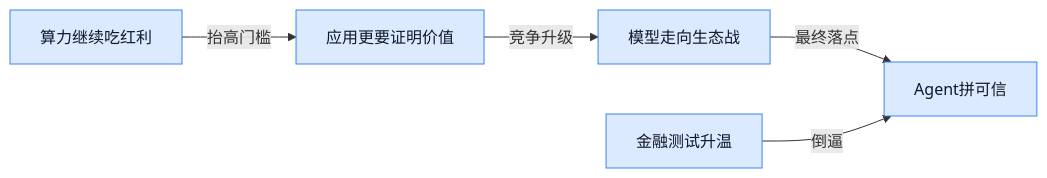
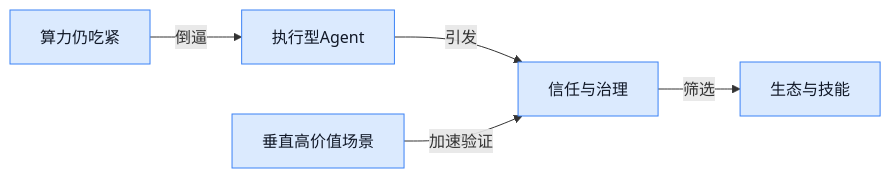
One commit to ylzsdafei/ai-daily-site changed the seventh of 8 diagrams in content/cn/blog/weekly/2026-W16.md. Above: the diagram before and after it, drawn with Mermaid. The commit also changed other lines of this file and 6 other files, not shown here.

````diff
--- a/content/cn/blog/weekly/2026-W16.md
+++ b/content/cn/blog/weekly/2026-W16.md
@@ -226,7 +249,9 @@
 ```mermaid
 graph LR
-A[算力继续吃红利] -->|抬高门槛| B[应用更要证明价值] -->|竞争升级| C[模型走向生态战] -->|最终落点| D[Agent拼可信]
-E[金融测试升温] -->|倒逼| D
+A[算力仍吃紧] -->|倒逼| B[执行型Agent]
+B -->|引发| C[信任与治理]
+C -->|筛选| D[生态与技能]
+E[垂直高价值场景] -->|加速验证| C
 classDef blue fill:#dbeafe,stroke:#3b82f6,color:#111827
 class A,B,C,D,E blue
 ```
````
